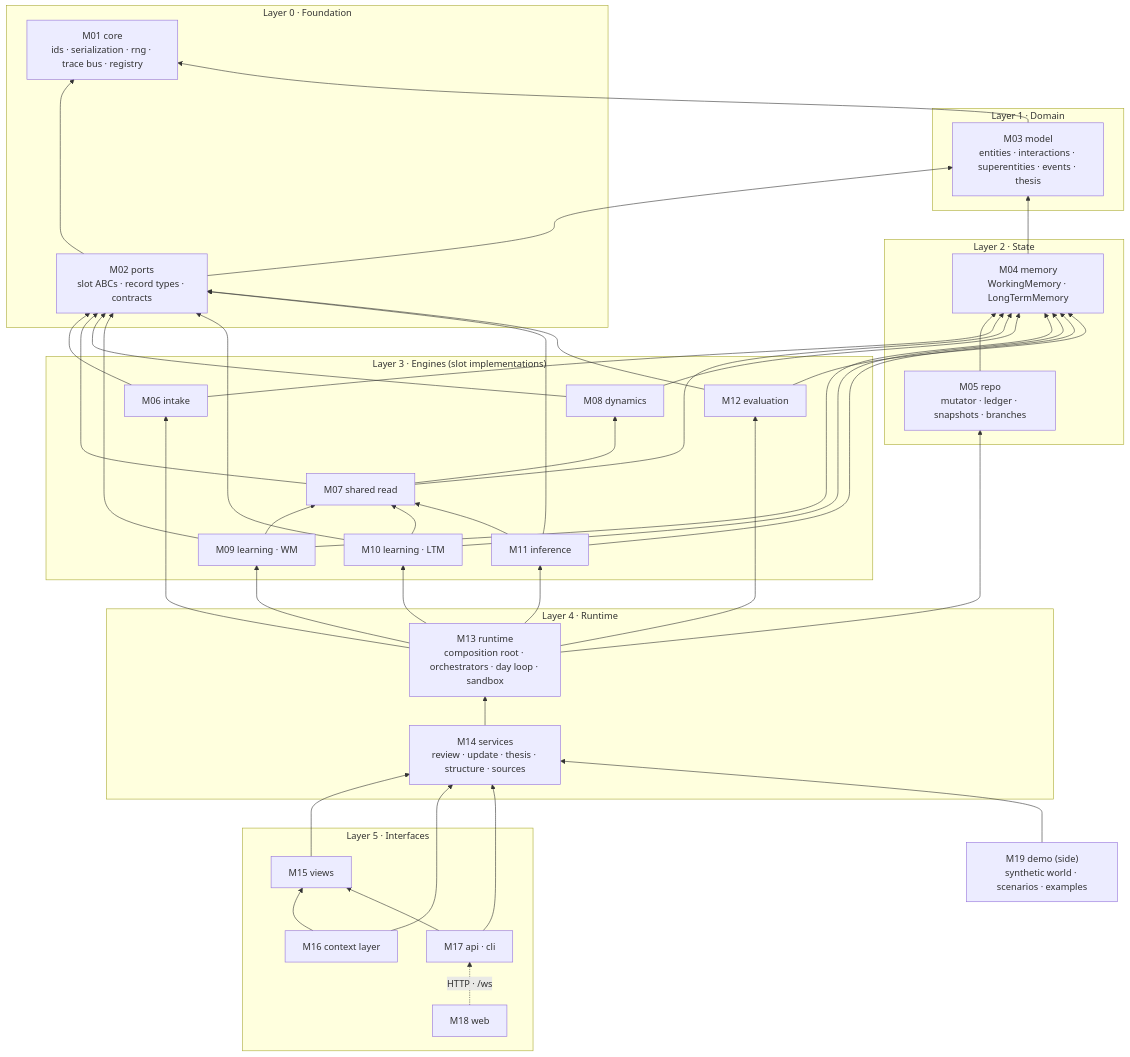
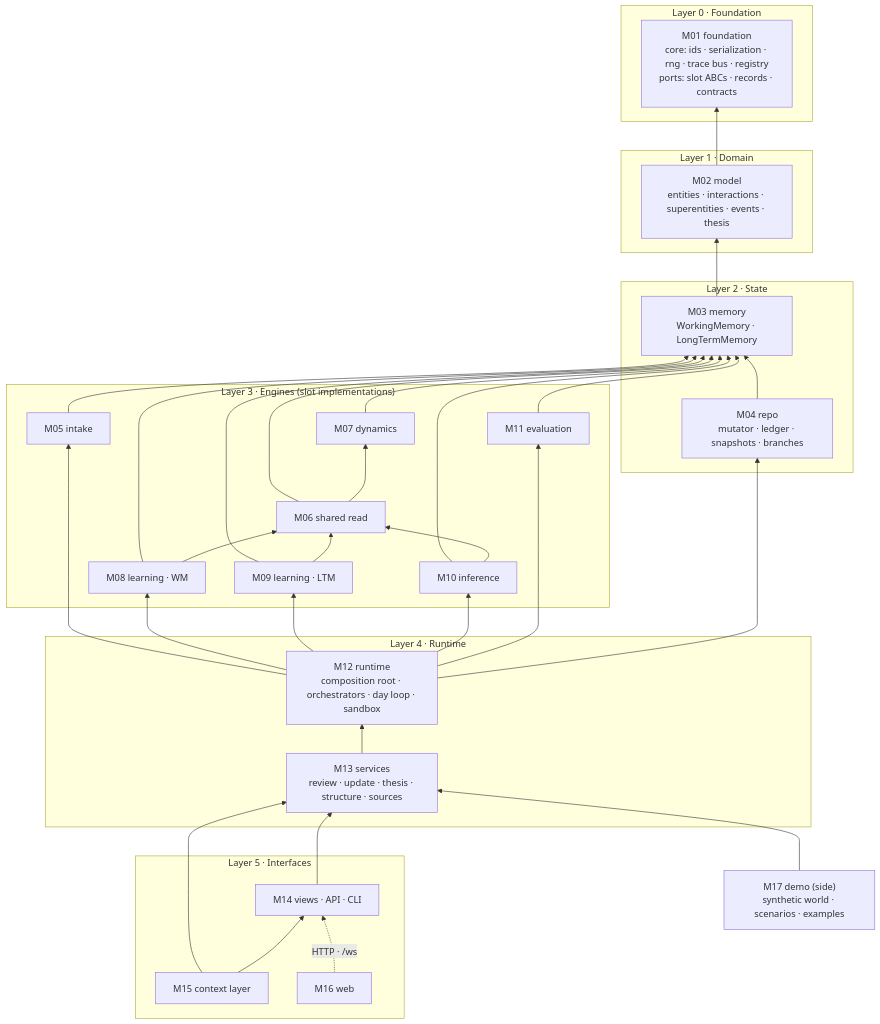
The second of 9 diagrams in docs/design/architecture.md (Axelrod-AI-Engineering/world-model), drawn with Mermaid before and after one commit. The commit also changed other lines of this file and 47 other files, not shown here.

````diff
--- a/docs/design/architecture.md
+++ b/docs/design/architecture.md
@@ -74,52 +55,45 @@
 ```mermaid
 flowchart BT
   subgraph L0["Layer 0 · Foundation"]
-    CORE["M01 core<br/>ids · serialization · rng · trace bus · registry"]
-    PORTS["M02 ports<br/>slot ABCs · record types · contracts"]
+    F["M01 foundation<br/>core: ids · serialization · rng · trace bus · registry<br/>ports: slot ABCs · records · contracts"]
   end
   subgraph L1["Layer 1 · Domain"]
-    MODEL["M03 model<br/>entities · interactions · superentities · events · thesis"]
+    MODEL["M02 model<br/>entities · interactions · superentities · events · thesis"]
   end
   subgraph L2["Layer 2 · State"]
-    MEMORY["M04 memory<br/>WorkingMemory · LongTermMemory"]
-    REPO["M05 repo<br/>mutator · ledger · snapshots · branches"]
+    MEMORY["M03 memory<br/>WorkingMemory · LongTermMemory"]
+    REPO["M04 repo<br/>mutator · ledger · snapshots · branches"]
   end
   subgraph L3["Layer 3 · Engines (slot implementations)"]
-    INTAKE["M06 intake"]
-    SHARED["M07 shared read"]
-    DYN["M08 dynamics"]
-    LWM["M09 learning · WM"]
-    LLTM["M10 learning · LTM"]
-    INF["M11 inference"]
-    EVAL["M12 evaluation"]
+    INTAKE["M05 intake"]
+    SHARED["M06 shared read"]
+    DYN["M07 dynamics"]
+    LWM["M08 learning · WM"]
+    LLTM["M09 learning · LTM"]
+    INF["M10 inference"]
+    EVAL["M11 evaluation"]
   end
   subgraph L4["Layer 4 · Runtime"]
-    RT["M13 runtime<br/>composition root · orchestrators · day loop · sandbox"]
-    SVC["M14 services<br/>review · update · thesis · structure · sources"]
+    RT["M12 runtime<br/>composition root · orchestrators · day loop · sandbox"]
+    SVC["M13 services<br/>review · update · thesis · structure · sources"]
   end
   subgraph L5["Layer 5 · Interfaces"]
-    VIEWS["M15 views"]
-    CTX["M16 context layer"]
-    API["M17 api · cli"]
-    WEB["M18 web"]
+    API["M14 views · API · CLI"]
+    CTX["M15 context layer"]
+    WEB["M16 web"]
   end
-  DEMO["M19 demo (side)<br/>synthetic world · scenarios · examples"]
+  DEMO["M17 demo (side)<br/>synthetic world · scenarios · examples"]
 
-  PORTS --> CORE
-  MODEL --> CORE
-  PORTS --> MODEL
+  MODEL --> F
   MEMORY --> MODEL
   REPO --> MEMORY
-  INTAKE & SHARED & DYN & LWM & LLTM & INF & EVAL --> PORTS
   INTAKE & SHARED & DYN & LWM & LLTM & INF & EVAL --> MEMORY
   SHARED --> DYN
-  LWM & LLTM --> SHARED
-  INF --> SHARED
+  LWM & LLTM & INF --> SHARED
   RT --> INTAKE & LWM & LLTM & INF & EVAL & REPO
   SVC --> RT
-  VIEWS --> SVC
-  CTX --> SVC & VIEWS
-  API --> SVC & VIEWS
+  API --> SVC
+  CTX --> SVC & API
   WEB -. "HTTP · /ws" .-> API
   DEMO --> SVC
 ```
````
